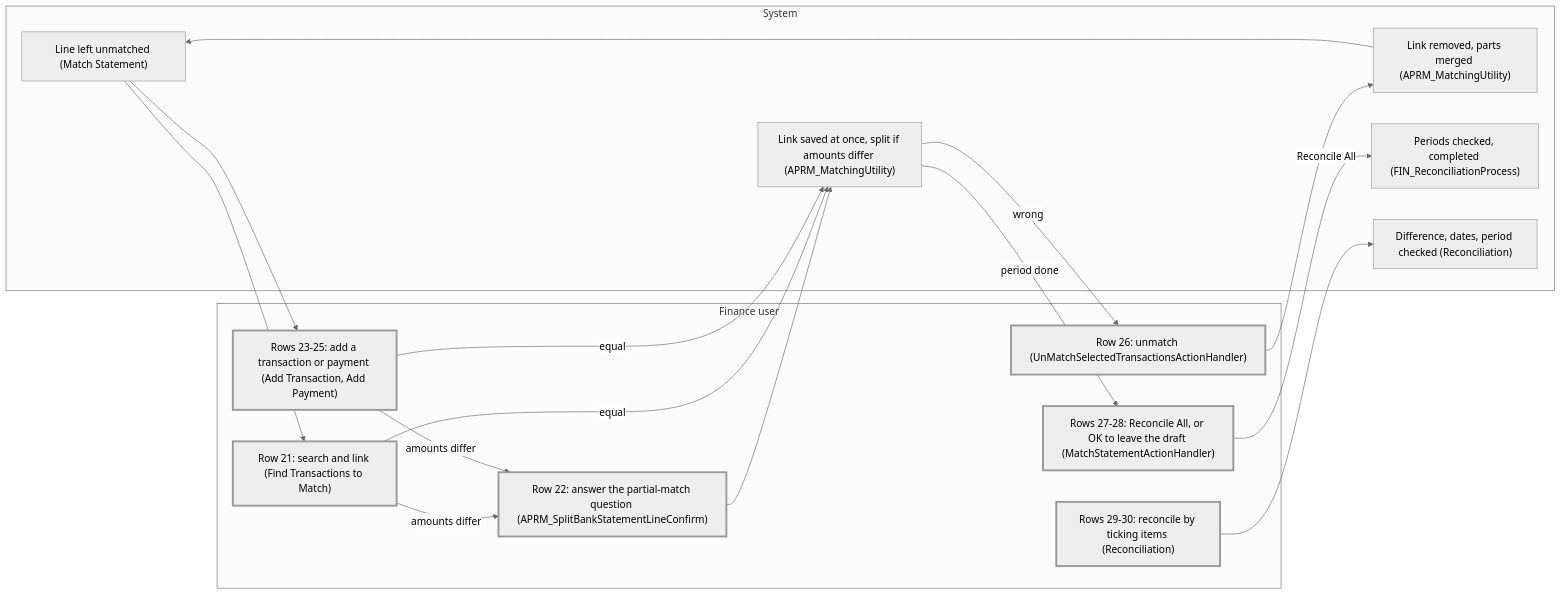
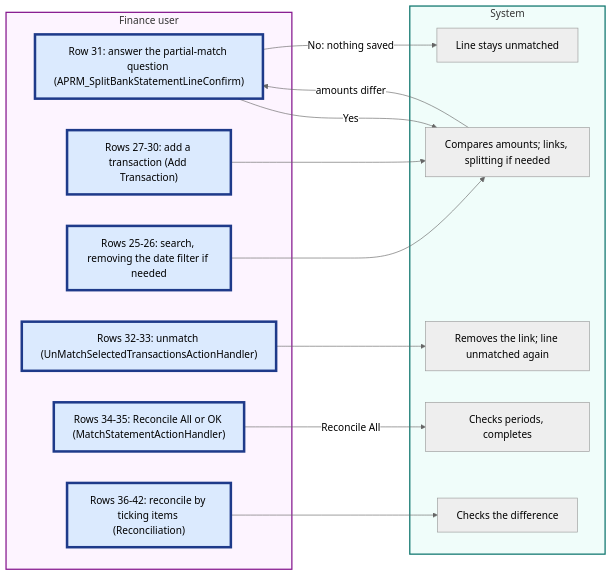
The sixth of 9 diagrams in docs/analysis/analysis-1-current-state-reconciliation.md (blitzy-public-samples/openbravo-erp), drawn with Mermaid (neutral theme) before and after one commit. The commit also changed other lines of this file, not shown here.

First line of the commit message:
Expand Analysis 1 manual-action inventory and swimlanes

````diff
--- a/docs/analysis/analysis-1-current-state-reconciliation.md
+++ b/docs/analysis/analysis-1-current-state-reconciliation.md
@@ -296,33 +305,32 @@
 ```mermaid
 flowchart LR
+  accTitle: Figure 6. Swimlane of Matching and Closing
+  accDescr: Lines are linked, then reconciled.
+  subgraph People["Finance user"]
+    M31["Row 31: answer the partial-match question (APRM_SplitBankStatementLineConfirm)"]
+    M32["Rows 32-33: unmatch (UnMatchSelectedTransactionsActionHandler)"]
+    M27["Rows 27-30: add a transaction (Add Transaction)"]
+    M34["Rows 34-35: Reconcile All or OK (MatchStatementActionHandler)"]
+    M25["Rows 25-26: search, removing the date filter if needed"]
+    M36["Rows 36-42: reconcile by ticking items (Reconciliation)"]
+  end
   subgraph System["System"]
-    S1["Line left unmatched (Match Statement)"]
-    S2["Link saved at once, split if amounts differ (APRM_MatchingUtility)"]
-    S3["Link removed, parts merged (APRM_MatchingUtility)"]
-    S4["Periods checked, completed (FIN_ReconciliationProcess)"]
-    S5["Difference, dates, period checked (Reconciliation)"]
+    S1["Line stays unmatched"]
+    S2["Compares amounts; links, splitting if needed"]
+    S3["Removes the link; line unmatched again"]
+    S4["Checks periods, completes"]
+    S5["Checks the difference"]
   end
-  subgraph People["Finance user"]
-    M21["Row 21: search and link (Find Transactions to Match)"]
-    M22["Row 22: answer the partial-match question (APRM_SplitBankStatementLineConfirm)"]
-    M23["Rows 23-25: add a transaction or payment (Add Transaction, Add Payment)"]
-    M26["Row 26: unmatch (UnMatchSelectedTransactionsActionHandler)"]
-    M27["Rows 27-28: Reconcile All, or OK to leave the draft (MatchStatementActionHandler)"]
-    M29["Rows 29-30: reconcile by ticking items (Reconciliation)"]
-  end
-  S1 --> M21
-  S1 --> M23
-  M21 -->|"amounts differ"| M22
-  M23 -->|"amounts differ"| M22
-  M22 --> S2
-  M21 -->|"equal"| S2
-  M23 -->|"equal"| S2
-  S2 -->|"wrong"| M26
-  M26 --> S3
-  S3 --> S1
-  S2 -->|"period done"| M27
-  M27 -->|"Reconcile All"| S4
-  M29 --> S5
-  classDef manual stroke-width:3px
-  class M21,M22,M23,M26,M27,M29 manual
+  M25-->S2
+  M27-->S2
+  S2-->|"amounts differ"|M31
+  M31-->|Yes|S2
+  M31-->|"No: nothing saved"|S1
+  M32-->S3
+  M34-->|"Reconcile All"|S4
+  M36-->S5
+  style People fill:#fdf4ff,stroke:#86198f,stroke-width:2px
+  style System fill:#f0fdfa,stroke:#0f766e,stroke-width:2px
+  classDef manual fill:#dbeafe,stroke:#1e3a8a,stroke-width:4px
+  class M25,M27,M31,M32,M34,M36 manual
 ```
````
